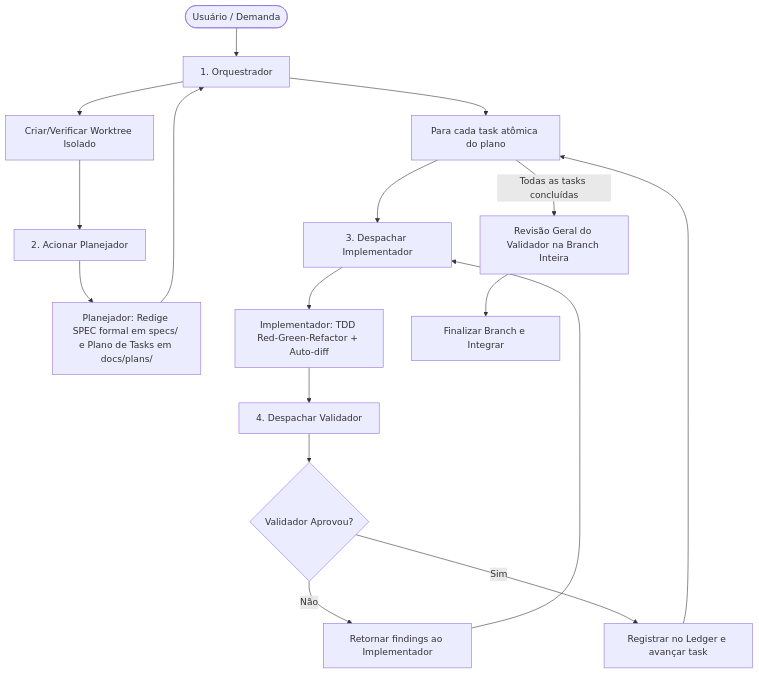
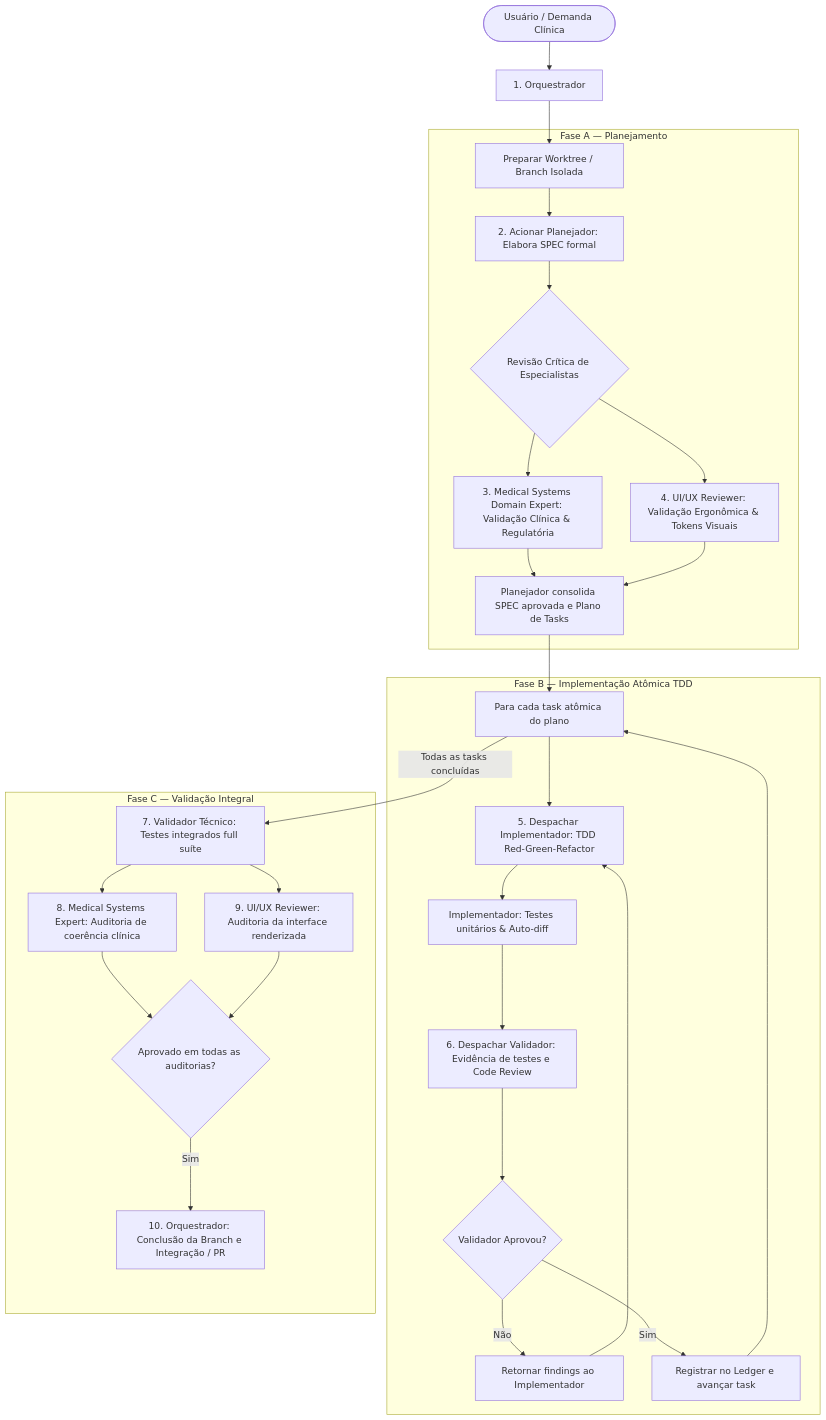
The first of 2 diagrams in .agents/agents/orquestrador.md (posccis/canamed), drawn with Mermaid before and after one commit. The commit also changed other lines of this file and 34 other files, not shown here.

````diff
--- a/.agents/agents/orquestrador.md
+++ b/.agents/agents/orquestrador.md
@@ -45,19 +68,35 @@
 ```mermaid
 flowchart TD
-    User([Usuário / Demanda]) --> Orc[1. Orquestrador]
-    Orc --> Worktree[Criar/Verificar Worktree Isolado]
-    Worktree --> Plan[2. Acionar Planejador]
-    Plan --> SpecReview[Planejador: Redige SPEC formal em specs/ e Plano de Tasks em docs/plans/]
-    SpecReview --> Orc
-    Orc --> Loop[Para cada task atômica do plano]
-    Loop --> Imp[3. Despachar Implementador]
-    Imp --> SelfRev[Implementador: TDD Red-Green-Refactor + Auto-diff]
-    SelfRev --> Val[4. Despachar Validador]
-    Val --> Verdict{Validador Aprovou?}
-    Verdict -- Não --> Fix[Retornar findings ao Implementador]
-    Fix --> Imp
-    Verdict -- Sim --> NextTask[Registrar no Ledger e avançar task]
-    NextTask --> Loop
-    Loop -- Todas as tasks concluídas --> FinalVal[Revisão Geral do Validador na Branch Inteira]
-    FinalVal --> Finish[Finalizar Branch e Integrar]
+    User([Usuário / Demanda Clínica]) --> Orc[1. Orquestrador]
+    Orc --> Worktree[Preparar Worktree / Branch Isolada]
+    
+    subgraph FaseA [Fase A — Planejamento]
+        Worktree --> Plan[2. Acionar Planejador: Elabora SPEC formal]
+        Plan --> ParallelReview{Revisão Crítica de Especialistas}
+        ParallelReview --> MedExp[3. Medical Systems Domain Expert: Validação Clínica & Regulatória]
+        ParallelReview --> UIRev[4. UI/UX Reviewer: Validação Ergonômica & Tokens Visuais]
+        MedExp --> Consolidate[Planejador consolida SPEC aprovada e Plano de Tasks]
+        UIRev --> Consolidate
+    end
+
+    subgraph FaseB [Fase B — Implementação Atômica TDD]
+        Consolidate --> Loop[Para cada task atômica do plano]
+        Loop --> Imp[5. Despachar Implementador: TDD Red-Green-Refactor]
+        Imp --> SelfRev[Implementador: Testes unitários & Auto-diff]
+        SelfRev --> Val[6. Despachar Validador: Evidência de testes e Code Review]
+        Val --> Verdict{Validador Aprovou?}
+        Verdict -- Não --> Fix[Retornar findings ao Implementador]
+        Fix --> Imp
+        Verdict -- Sim --> Ledger[Registrar no Ledger e avançar task]
+        Ledger --> Loop
+    end
+
+    subgraph FaseC [Fase C — Validação Integral]
+        Loop -- Todas as tasks concluídas --> FullVal[7. Validador Técnico: Testes integrados full suíte]
+        FullVal --> ClinAudit[8. Medical Systems Expert: Auditoria de coerência clínica]
+        FullVal --> UIAudit[9. UI/UX Reviewer: Auditoria da interface renderizada]
+        ClinAudit --> FinishVerdict{Aprovado em todas as auditorias?}
+        UIAudit --> FinishVerdict
+        FinishVerdict -- Sim --> Finish[10. Orquestrador: Conclusão da Branch e Integração / PR]
+    end
 ```
````
